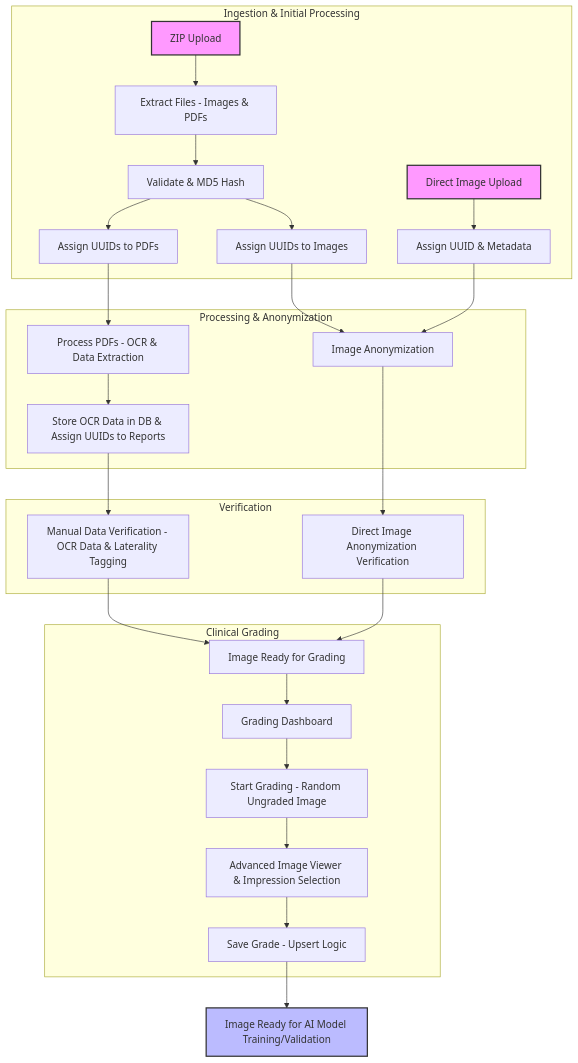
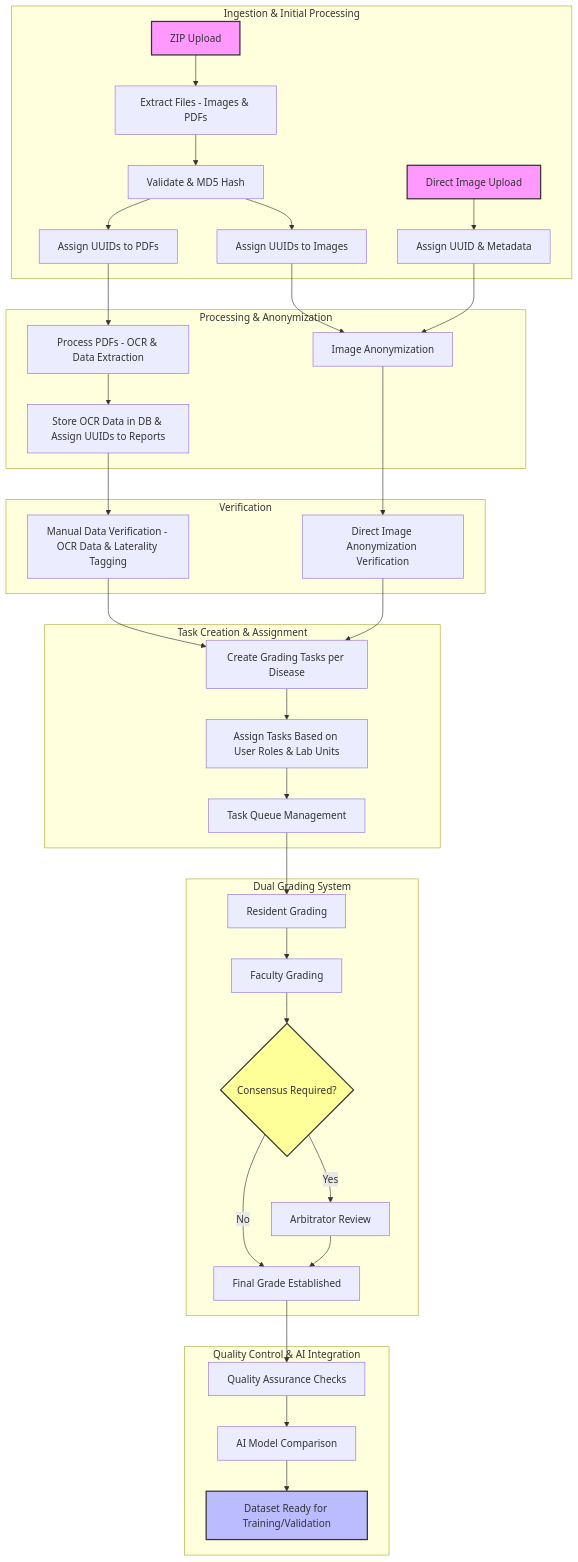
One commit to drguptavivek/fundus_img_xtract changed the diagram in README.md. Above: the diagram before and after it, drawn with Mermaid.

Commit message:
modified:   README.md

````diff
--- a/README.md
+++ b/README.md
@@ -107,40 +107,51 @@
 ```mermaid
 flowchart TD
     subgraph Ingestion & Initial Processing
         A[ZIP Upload] --> B[Extract Files - Images & PDFs];
         B --> C[Validate & MD5 Hash];
         C --> D1[Assign UUIDs to Images];
         C --> D2[Assign UUIDs to PDFs];
 
         E[Direct Image Upload] --> F[Assign UUID & Metadata];
     end
 
     subgraph Processing & Anonymization
         D1 --> G[Image Anonymization];
         F --> G;
 
         D2 --> H[Process PDFs - OCR & Data Extraction];
         H --> I[Store OCR Data in DB & Assign UUIDs to Reports];
     end
 
     subgraph Verification
         I --> J[Manual Data Verification - OCR Data & Laterality Tagging];
         G --> K[Direct Image Anonymization Verification];
     end
 
-    subgraph Clinical Grading
-        J --> L[Image Ready for Grading];
+    subgraph Task Creation & Assignment
+        J --> L[Create Grading Tasks per Disease];
         K --> L;
-
-        L --> M[Grading Dashboard];
-        M --> N[Start Grading - Random Ungraded Image];
-        N --> O[Advanced Image Viewer & Impression Selection];
-        O --> P[Save Grade - Upsert Logic];
+        L --> M[Assign Tasks Based on User Roles & Lab Units];
+        M --> N[Task Queue Management];
     end
 
-    P --> Q[Image Ready for AI Model Training/Validation];
+    subgraph Dual Grading System
+        N --> O[Resident Grading];
+        O --> P[Faculty Grading];
+        P --> Q{Consensus Required?};
+        Q -->|Yes| R[Arbitrator Review];
+        Q -->|No| S[Final Grade Established];
+        R --> S;
+    end
+
+    subgraph Quality Control & AI Integration
+        S --> T[Quality Assurance Checks];
+        T --> U[AI Model Comparison];
+        U --> V[Dataset Ready for Training/Validation];
+    end
 
     style A fill:#f9f,stroke:#333,stroke-width:2px;
     style E fill:#f9f,stroke:#333,stroke-width:2px;
-    style Q fill:#bbf,stroke:#333,stroke-width:2px;
+    style V fill:#bbf,stroke:#333,stroke-width:2px;
+    style Q fill:#ff9,stroke:#333,stroke-width:2px;
 ```
````
